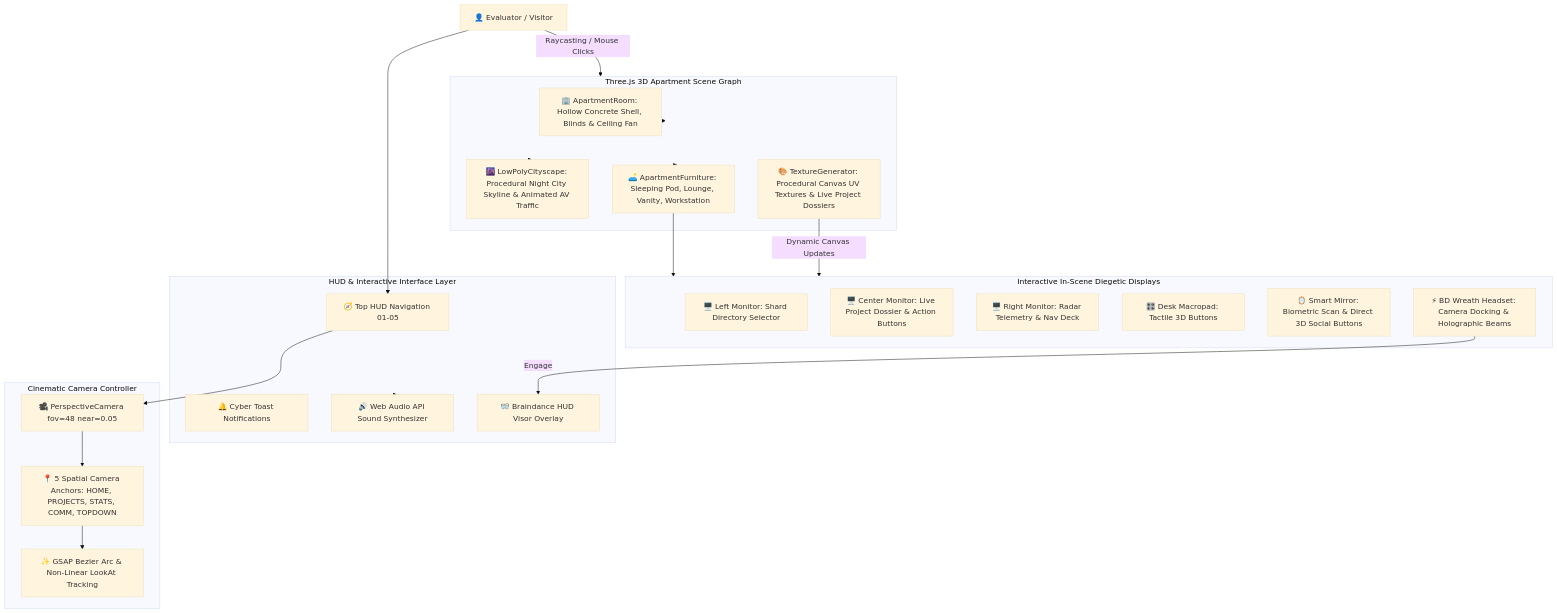
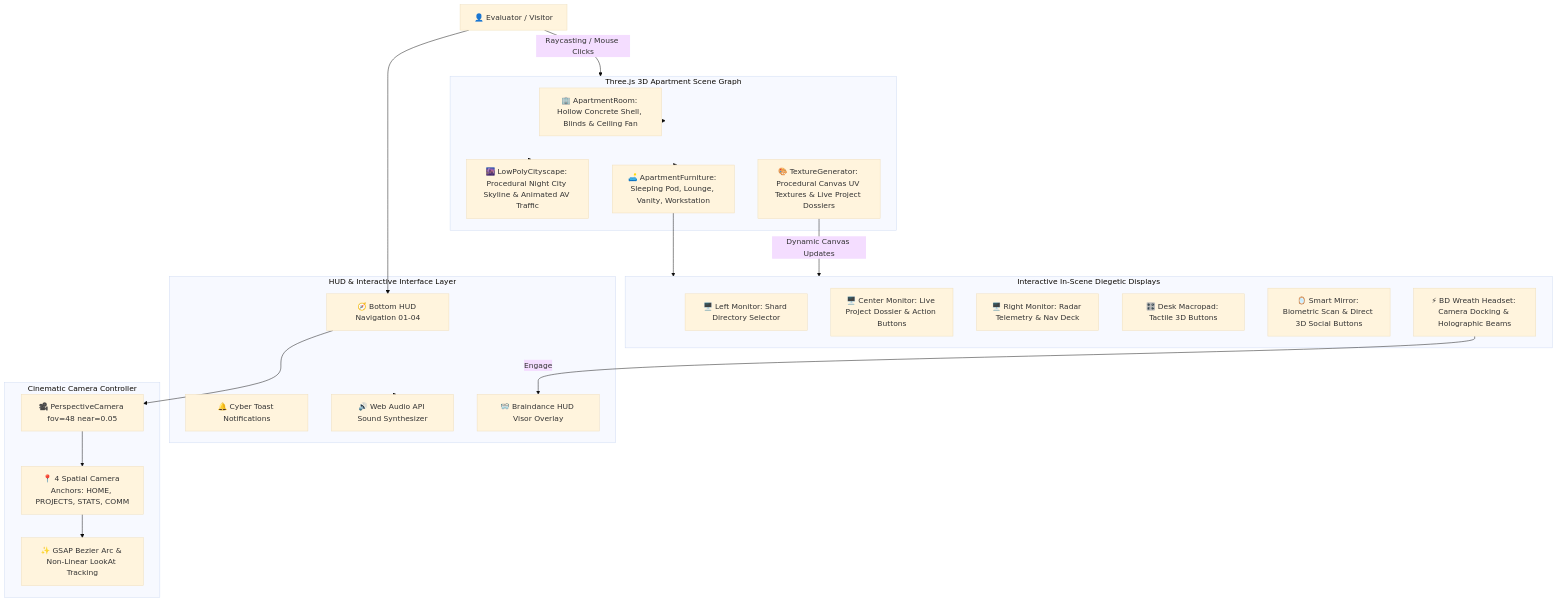
One commit to felixpalingan/Portfolio changed the diagram in README.md. Above: the diagram before and after it, drawn with Mermaid (base theme). The commit also changed 2 other files, not shown here.

Commit message:
feat: remove 5th TOP-DOWN navigation menu button and keyboard shortcut

````diff
--- a/README.md
+++ b/README.md
@@ -42,46 +42,46 @@
 ```mermaid
 graph TD
     User["👤 Evaluator / Visitor"]
 
     subgraph HUD_Layer["HUD & Interactive Interface Layer"]
-        Nav["🧭 Top HUD Navigation 01-05"]
+        Nav["🧭 Bottom HUD Navigation 01-04"]
         Toast["🔔 Cyber Toast Notifications"]
         BD_HUD["🥽 Braindance HUD Visor Overlay"]
         Audio["🔊 Web Audio API Sound Synthesizer"]
     end
 
     subgraph Camera_Engine["Cinematic Camera Controller"]
         Cam["🎥 PerspectiveCamera fov=48 near=0.05"]
-        Anchors["📍 5 Spatial Camera Anchors: HOME, PROJECTS, STATS, COMM, TOPDOWN"]
+        Anchors["📍 4 Spatial Camera Anchors: HOME, PROJECTS, STATS, COMM"]
         Spline["✨ GSAP Bezier Arc & Non-Linear LookAt Tracking"]
     end
 
     subgraph WebGL_Core["Three.js 3D Apartment Scene Graph"]
         Room["🏢 ApartmentRoom: Hollow Concrete Shell, Blinds & Ceiling Fan"]
         City["🌆 LowPolyCityscape: Procedural Night City Skyline & Animated AV Traffic"]
         Furniture["🛋️ ApartmentFurniture: Sleeping Pod, Lounge, Vanity, Workstation"]
         TexGen["🎨 TextureGenerator: Procedural Canvas UV Textures & Live Project Dossiers"]
     end
 
     subgraph Battlestation_Rig["Interactive In-Scene Diegetic Displays"]
         Mon_L["🖥️ Left Monitor: Shard Directory Selector"]
         Mon_C["🖥️ Center Monitor: Live Project Dossier & Action Buttons"]
         Mon_R["🖥️ Right Monitor: Radar Telemetry & Nav Deck"]
         Desk_Pad["🎛️ Desk Macropad: Tactile 3D Buttons"]
         Mirror["🪞 Smart Mirror: Biometric Scan & Direct 3D Social Buttons"]
         BD_Wreath["⚡ BD Wreath Headset: Camera Docking & Holographic Beams"]
     end
 
     User --> Nav
     User -->|"Raycasting / Mouse Clicks"| WebGL_Core
     Nav --> Cam
     Cam --> Anchors
     Anchors --> Spline
     WebGL_Core --> Room
     WebGL_Core --> City
     WebGL_Core --> Furniture
     Furniture --> Battlestation_Rig
     TexGen -->|"Dynamic Canvas Updates"| Battlestation_Rig
     BD_Wreath -->|"Engage"| BD_HUD
     HUD_Layer --> Audio
 ```
````
